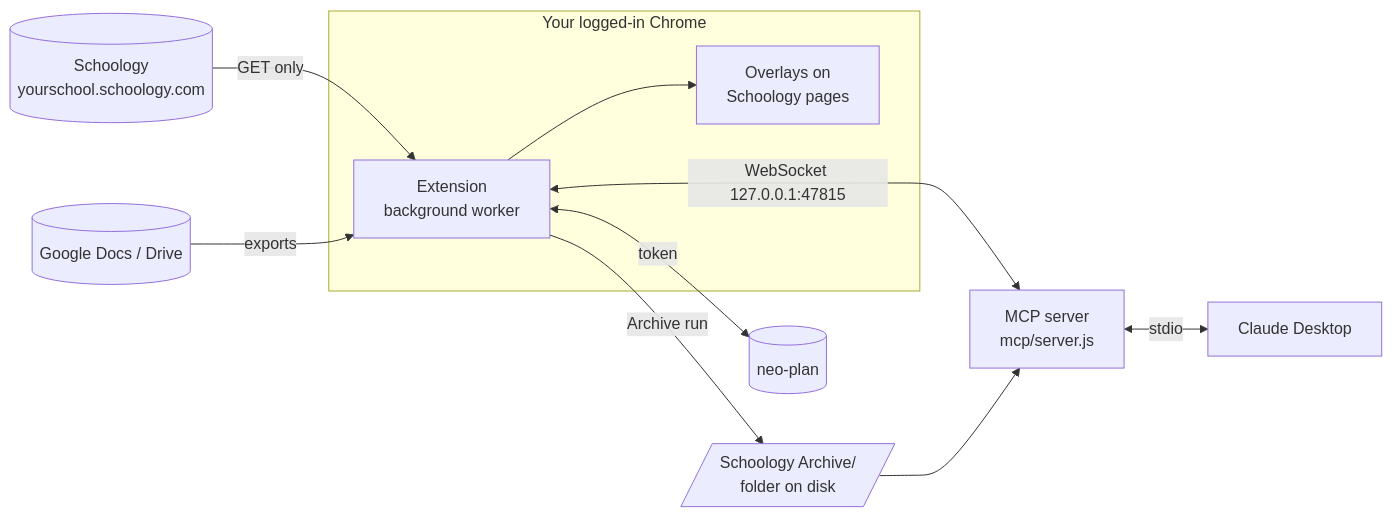
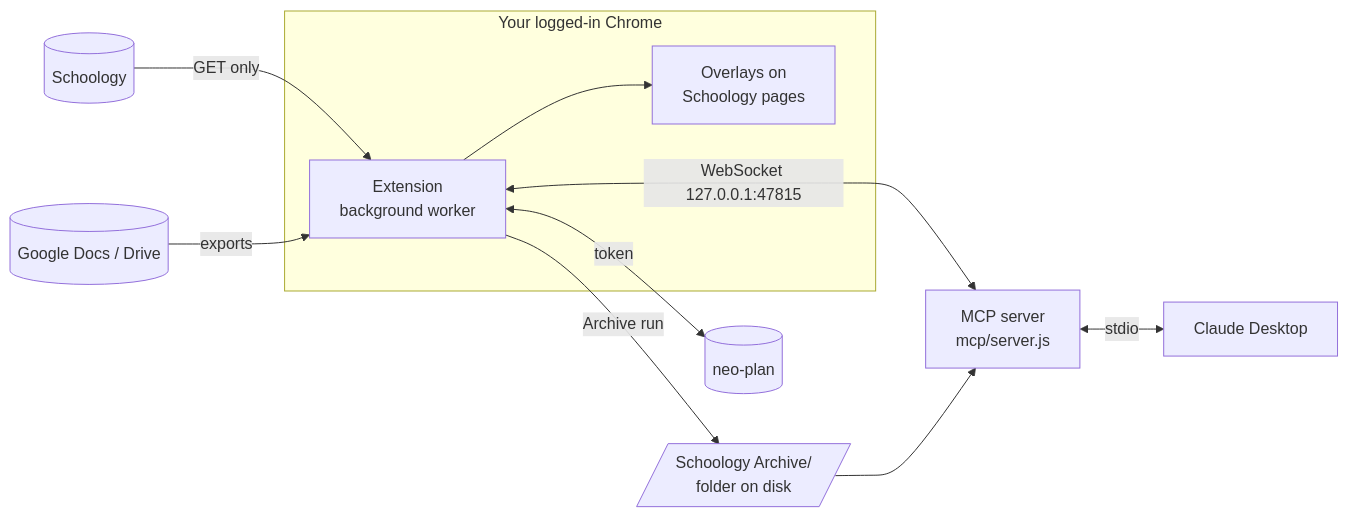
The diagram in README.md (obfuscated-tm/schoology_downloader), drawn with Mermaid before and after one commit. The commit also changed other lines of this file and 6 other files, not shown here.

````diff
--- a/README.md
+++ b/README.md
@@ -58,24 +238,24 @@
 ```mermaid
 flowchart LR
-    S[(Schoology<br/>yourschool.schoology.com)]
+    S[(Schoology)]
     G[(Google Docs / Drive)]
     N[(neo-plan)]
 
     subgraph Chrome [Your logged-in Chrome]
       E[Extension<br/>background worker]
       O[Overlays on<br/>Schoology pages]
     end
 
     A[/"Schoology Archive/<br/>folder on disk"/]
     M[MCP server<br/>mcp/server.js]
     C[Claude Desktop]
 
     S -- GET only --> E
     G -- exports --> E
     E --> O
     E -- Archive run --> A
     E <-- token --> N
     E <-- "WebSocket 127.0.0.1:47815" --> M
     A --> M
     M <-- stdio --> C
 ```
````
